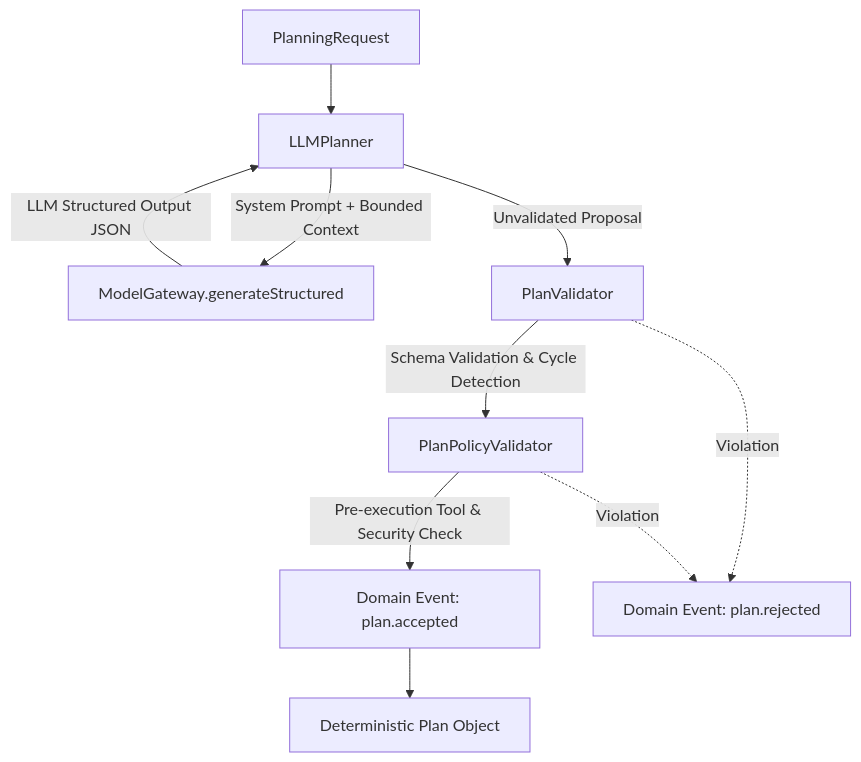
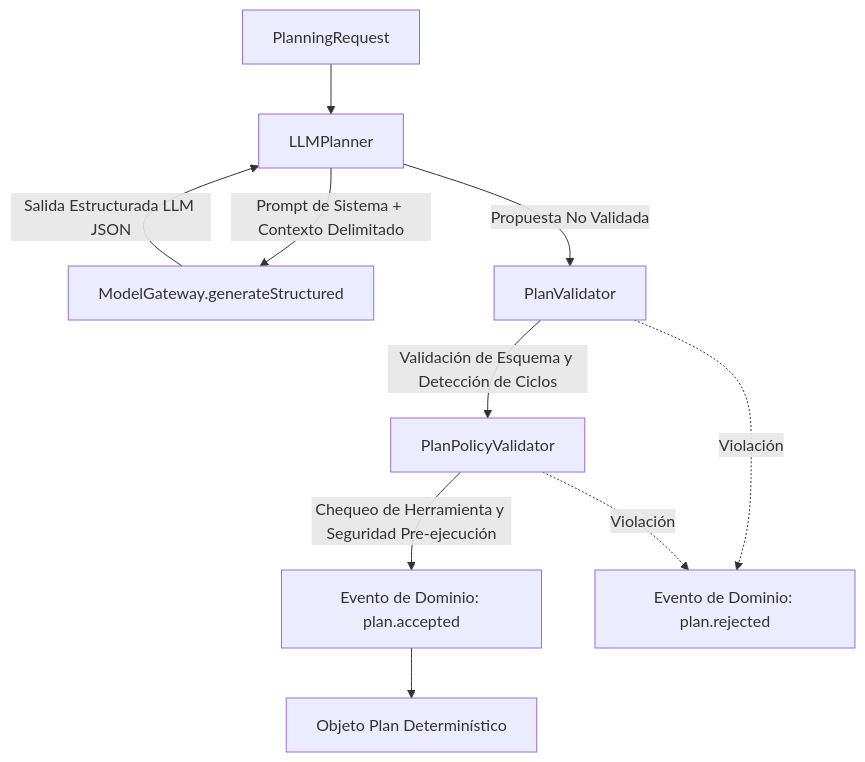
Before and after one commit to johangonzahenri/ai-operating-platform: the diagram in docs/LLM_PLANNER.md, drawn with Mermaid. The commit also changed other lines of this file and 39 other files, not shown here.

````diff
--- a/docs/LLM_PLANNER.md
+++ b/docs/LLM_PLANNER.md
@@ -15,13 +15,13 @@
 ```mermaid
 flowchart TD
     PR[PlanningRequest] --> LP[LLMPlanner]
-    LP -->|System Prompt + Bounded Context| MG[ModelGateway.generateStructured]
-    MG -->|LLM Structured Output JSON| LP
-    LP -->|Unvalidated Proposal| PV[PlanValidator]
-    PV -->|Schema Validation & Cycle Detection| PPV[PlanPolicyValidator]
-    PPV -->|Pre-execution Tool & Security Check| DEC[Domain Event: plan.accepted]
-    DEC --> PLAN[Deterministic Plan Object]
+    LP -->|"Prompt de Sistema + Contexto Delimitado"| MG[ModelGateway.generateStructured]
+    MG -->|"Salida Estructurada LLM JSON"| LP
+    LP -->|"Propuesta No Validada"| PV[PlanValidator]
+    PV -->|"Validación de Esquema y Detección de Ciclos"| PPV[PlanPolicyValidator]
+    PPV -->|"Chequeo de Herramienta y Seguridad Pre-ejecución"| DEC["Evento de Dominio: plan.accepted"]
+    DEC --> PLAN["Objeto Plan Determinístico"]
     
-    PV -.->|Violation| REJ[Domain Event: plan.rejected]
-    PPV -.->|Violation| REJ
+    PV -.->|"Violación"| REJ["Evento de Dominio: plan.rejected"]
+    PPV -.->|"Violación"| REJ
 ```
````
